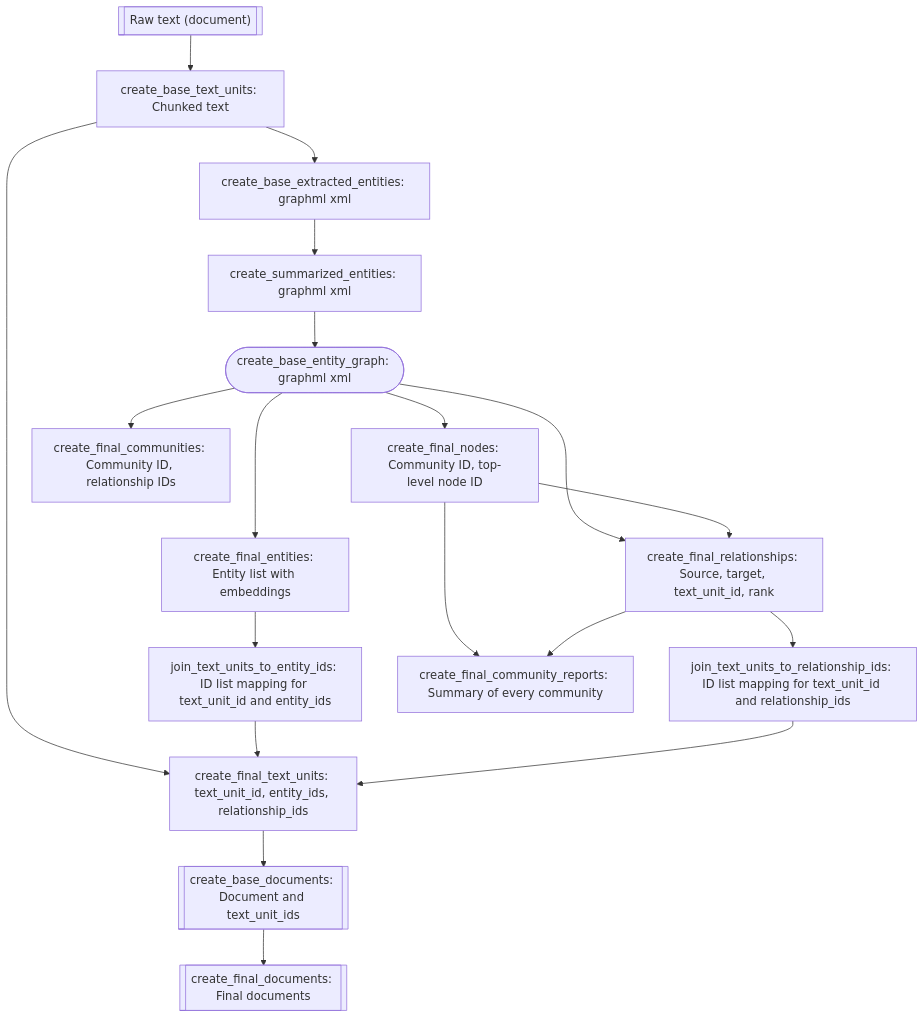
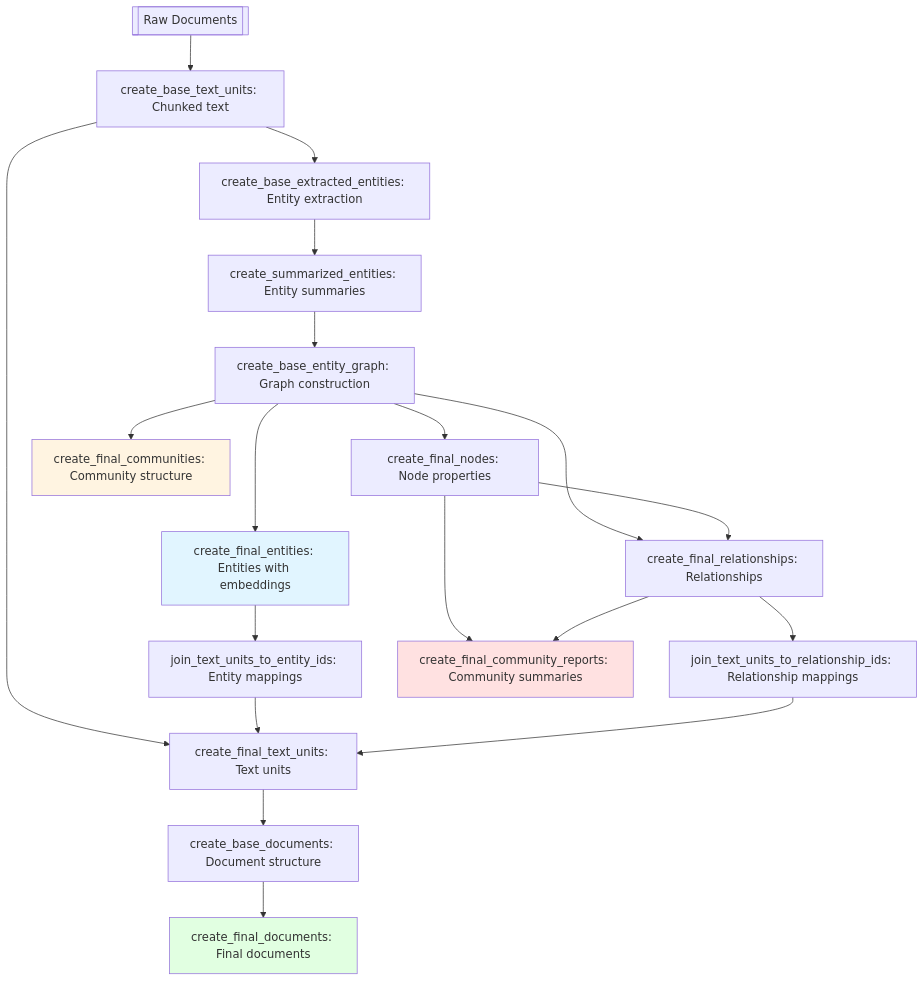
The second of 2 diagrams in README.md (kimtth/rag-graph-rag-azure-openai), drawn with Mermaid before and after one commit. The commit also changed other lines of this file and 121 other files, not shown here.

Commit message:
refactor: graphrag v2 (#1)

````diff
--- a/README.md
+++ b/README.md
@@ -37,21 +107,26 @@
 ```mermaid
 flowchart TD
-A[["Raw text (document)"]] --> B["create_base_text_units: Chunked text"]
-B --> C["create_base_extracted_entities: graphml xml"]
-C --> D["create_summarized_entities: graphml xml"]
-D --> E(["create_base_entity_graph: graphml xml"])
-E --> F["create_final_entities: Entity list with embeddings"]
-E --> G["create_final_nodes: Community ID, top-level node ID"]
-E --> H["create_final_communities: Community ID, relationship IDs"]
-E --> J["create_final_relationships: Source, target, text_unit_id, rank"]
-F --> I["join_text_units_to_entity_ids: ID list mapping for text_unit_id and entity_ids"]
-J --> K["join_text_units_to_relationship_ids: ID list mapping for text_unit_id and relationship_ids"]
-G --> L["create_final_community_reports: Summary of every community"]
-B --> M["create_final_text_units: text_unit_id, entity_ids, relationship_ids"]
-M --> N[["create_base_documents: Document and text_unit_ids"]]
-N --> O[["create_final_documents: Final documents"]]
+A[["Raw Documents"]] --> B["create_base_text_units: Chunked text"]
+B --> C["create_base_extracted_entities: Entity extraction"]
+C --> D["create_summarized_entities: Entity summaries"]
+D --> E["create_base_entity_graph: Graph construction"]
+E --> F["create_final_entities: Entities with embeddings"]
+E --> G["create_final_nodes: Node properties"]
+E --> H["create_final_communities: Community structure"]
+E --> J["create_final_relationships: Relationships"]
+F --> I["join_text_units_to_entity_ids: Entity mappings"]
+J --> K["join_text_units_to_relationship_ids: Relationship mappings"]
+G --> L["create_final_community_reports: Community summaries"]
+B --> M["create_final_text_units: Text units"]
+M --> N["create_base_documents: Document structure"]
+N --> O["create_final_documents: Final documents"]
 G --> J
 J --> L
 I --> M
 K --> M
+
+style F fill:#e1f5ff
+style H fill:#fff4e1
+style L fill:#ffe1e1
+style O fill:#e1ffe1
 ```
````
